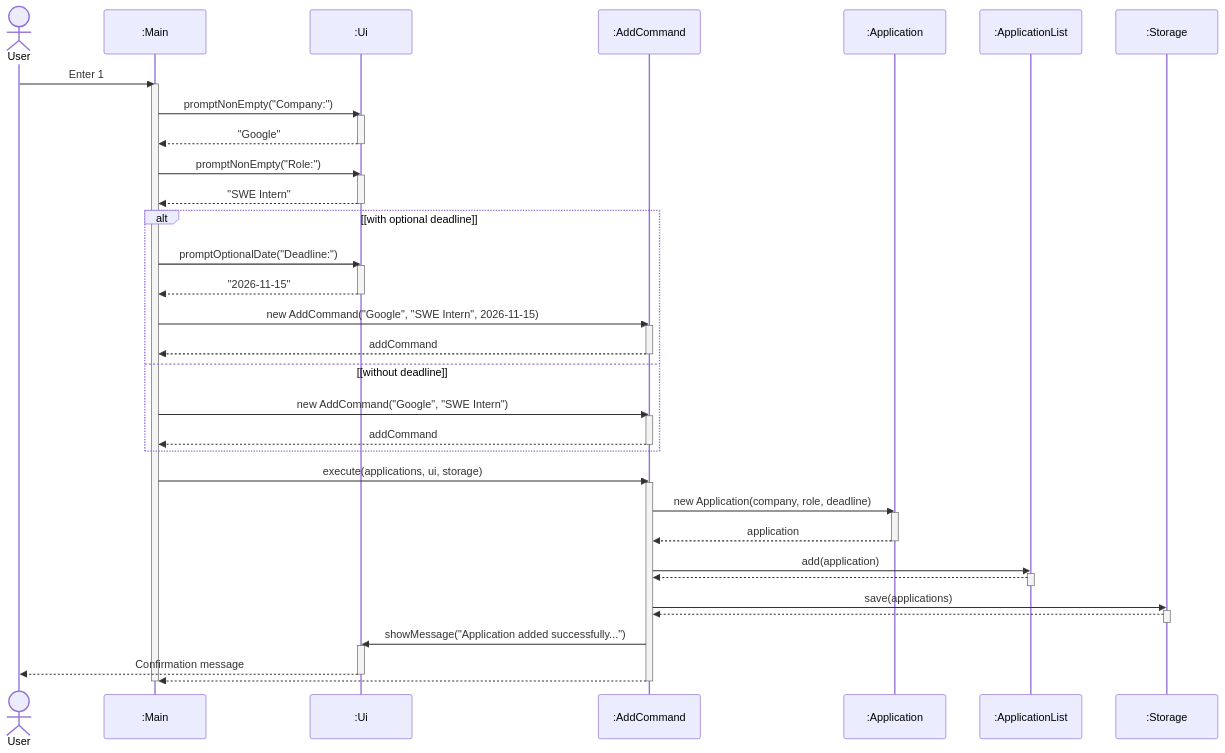
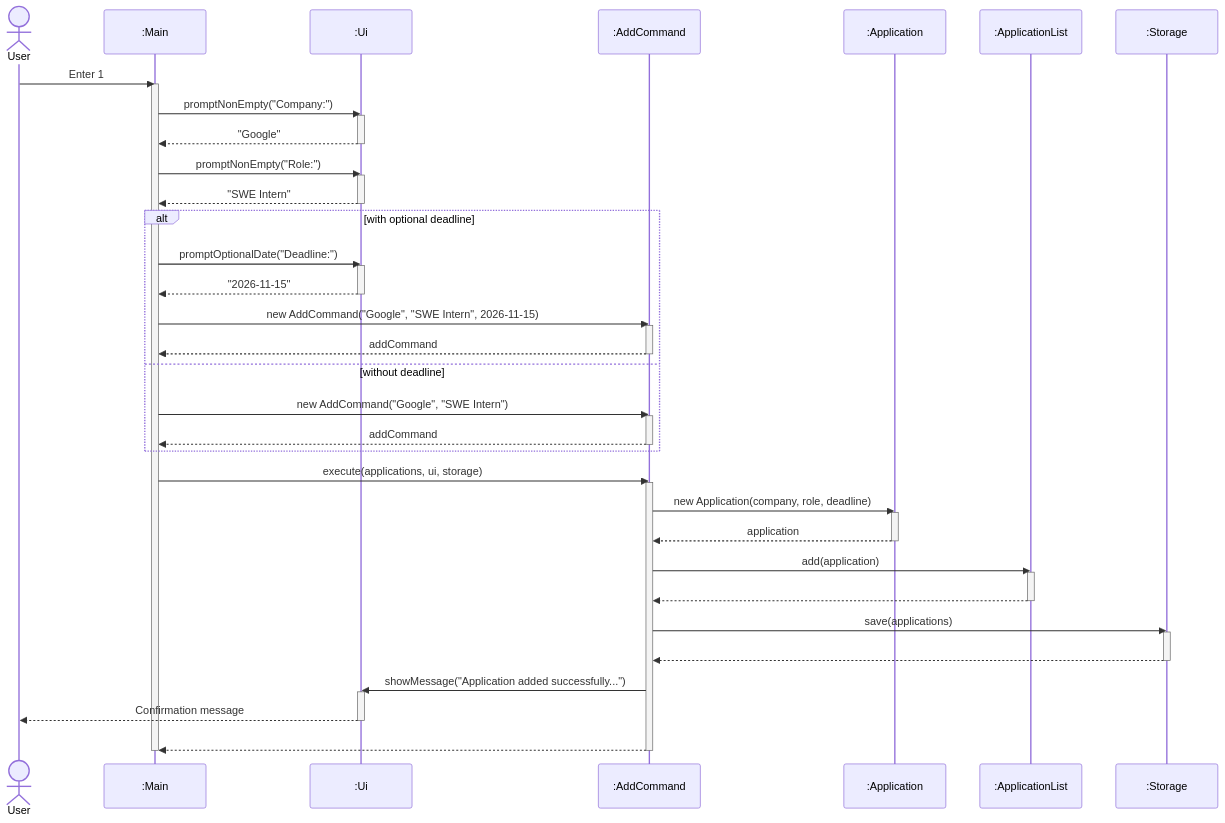
One commit to AY2627S1-CS2113-T10-2/tp changed the seventh of 22 diagrams in docs/DeveloperGuide.md. Above: the diagram before and after it, drawn with Mermaid. The commit also changed other lines of this file, not shown here.

First line of the commit message:
docs: align sequence return arrows and enhance class diagram resolution

````diff
--- a/docs/DeveloperGuide.md
+++ b/docs/DeveloperGuide.md
@@ -302,59 +344,63 @@
 ```mermaid
+---
+config:
+  themeCSS: ".actor-line { stroke-dasharray: 4, 4 !important; } line.loopLine:not([style*='stroke-dasharray']) { stroke-dasharray: none !important; }"
+---
 sequenceDiagram
     actor user as User
     participant main as :Main
     participant ui as :Ui
     participant cmd as :AddCommand
     participant app as :Application
     participant list as :ApplicationList
     participant storage as :Storage
 
     user->>main: Enter 1
     activate main
     main->>ui: promptNonEmpty("Company:")
     activate ui
     ui-->>main: "Google"
     deactivate ui
     main->>ui: promptNonEmpty("Role:")
     activate ui
     ui-->>main: "SWE Intern"
     deactivate ui
 
-    alt [with optional deadline]
+    alt with optional deadline
         main->>ui: promptOptionalDate("Deadline:")
         activate ui
         ui-->>main: "2026-11-15"
         deactivate ui
         main->>cmd: new AddCommand("Google", "SWE Intern", 2026-11-15)
         activate cmd
         cmd-->>main: addCommand
         deactivate cmd
-    else [without deadline]
+    else without deadline
         main->>cmd: new AddCommand("Google", "SWE Intern")
         activate cmd
         cmd-->>main: addCommand
         deactivate cmd
     end
 
     main->>cmd: execute(applications, ui, storage)
     activate cmd
     cmd->>app: new Application(company, role, deadline)
     activate app
     app-->>cmd: application
     deactivate app
     cmd->>list: add(application)
     activate list
-    list-->>cmd: 
+    list-->>cmd: ​
     deactivate list
     cmd->>storage: save(applications)
     activate storage
-    storage-->>cmd: 
+    storage-->>cmd: ​
     deactivate storage
     cmd->>ui: showMessage("Application added successfully...")
     activate ui
     ui-->>user: Confirmation message
     deactivate ui
-    cmd-->>main: 
+    cmd-->>main: ​
     deactivate cmd
     deactivate main
 ```
````
